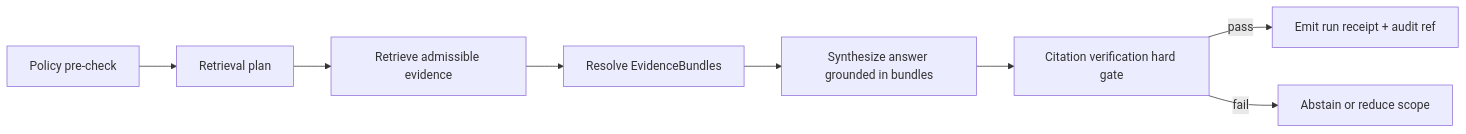
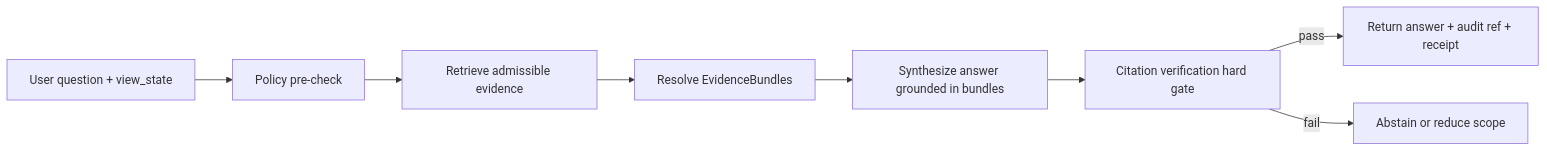
One commit to bartytime4life/Kansas-Frontier-Matrix changed the fourth of 4 diagrams in README.md. Above: the diagram before and after it, drawn with Mermaid. The commit also changed other lines of this file, not shown here.

````diff
--- a/README.md
+++ b/README.md
@@ -1137,10 +338,10 @@
 ```mermaid
 flowchart LR
-  P[Policy pre-check] --> R[Retrieval plan]
-  R --> Q[Retrieve admissible evidence]
-  Q --> B[Resolve EvidenceBundles]
+  Q[User question + view_state] --> P[Policy pre-check]
+  P --> R[Retrieve admissible evidence]
+  R --> B[Resolve EvidenceBundles]
   B --> S[Synthesize answer grounded in bundles]
   S --> V[Citation verification hard gate]
-  V -->|pass| E[Emit run receipt + audit ref]
+  V -->|pass| O[Return answer + audit ref + receipt]
   V -->|fail| A[Abstain or reduce scope]
 ```
````
